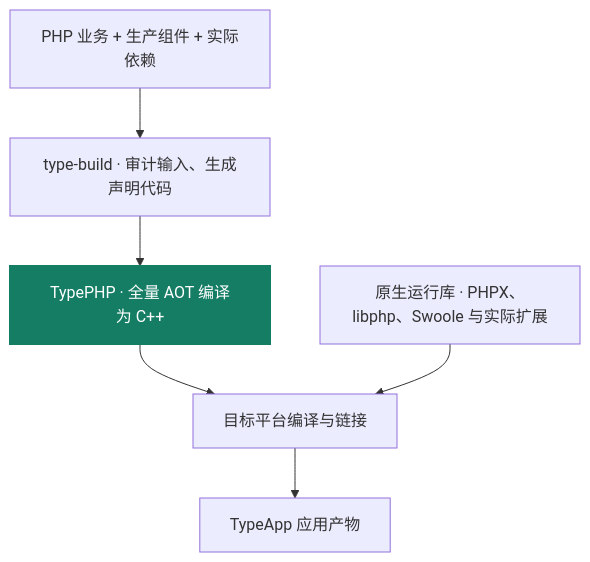
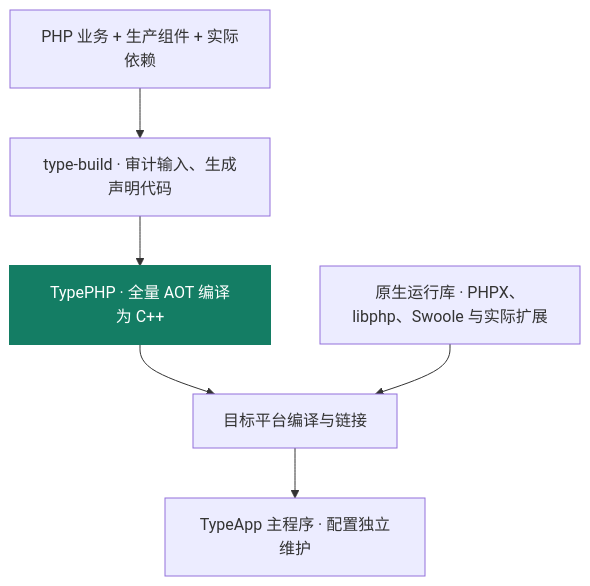
Before and after one commit to zoujingli/typeapp: the diagram in docs/guide/typephp.md, drawn with Mermaid. The commit also changed other lines of this file and 52 other files, not shown here.

````diff
--- a/docs/guide/typephp.md
+++ b/docs/guide/typephp.md
@@ -7,9 +7,9 @@
 ```mermaid
 flowchart TB
   Source["PHP 业务 + 生产组件 + 实际依赖"] --> Prepare["type-build · 审计输入、生成声明代码"]
   Prepare --> TypePHP["TypePHP · 全量 AOT 编译为 C++"]
   TypePHP --> Native["目标平台编译与链接"]
   Libraries["原生运行库 · PHPX、libphp、Swoole 与实际扩展"] --> Native
-  Native --> App["TypeApp 应用产物"]
+  Native --> App["TypeApp 主程序 · 配置独立维护"]
   style TypePHP fill:#147d64,color:#ffffff,stroke:#147d64,stroke-width:2px
 ```
````
